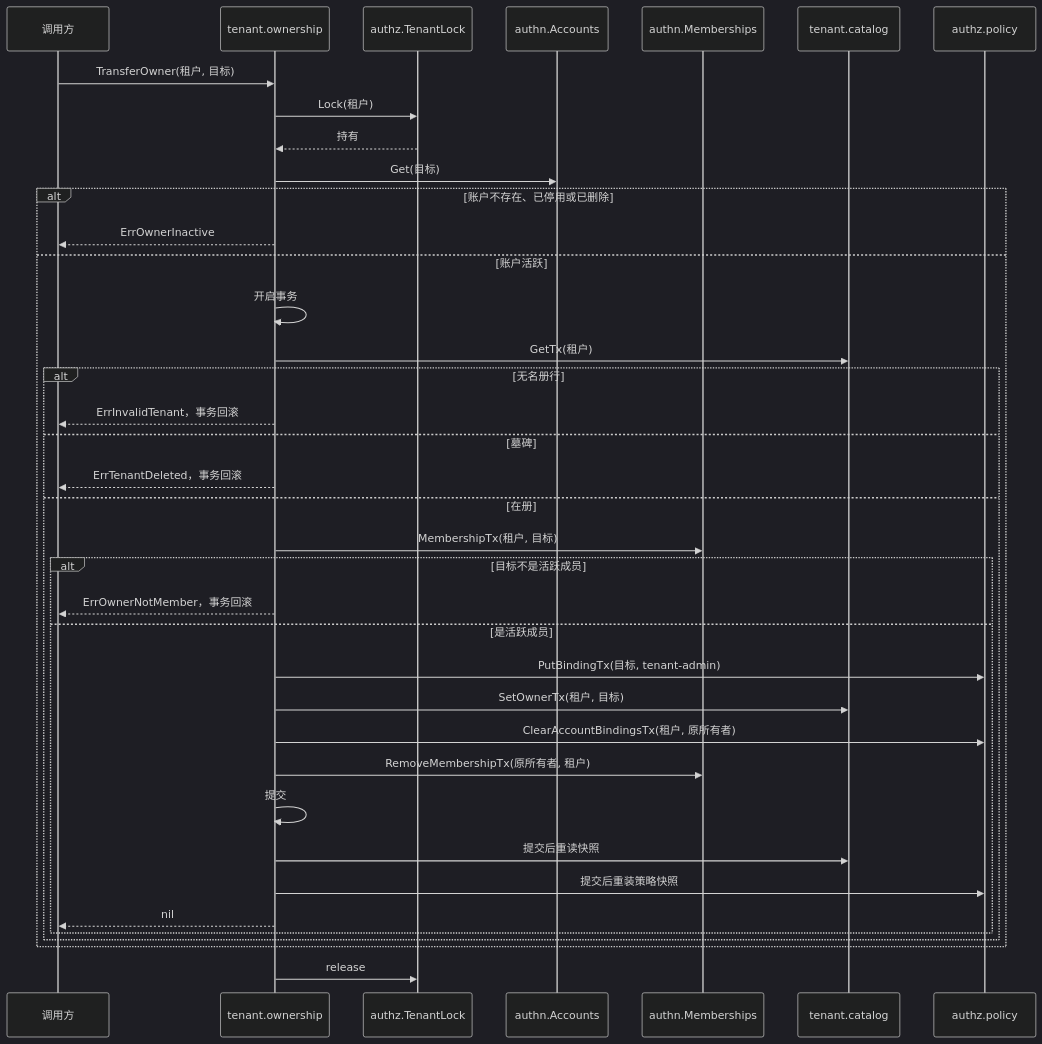
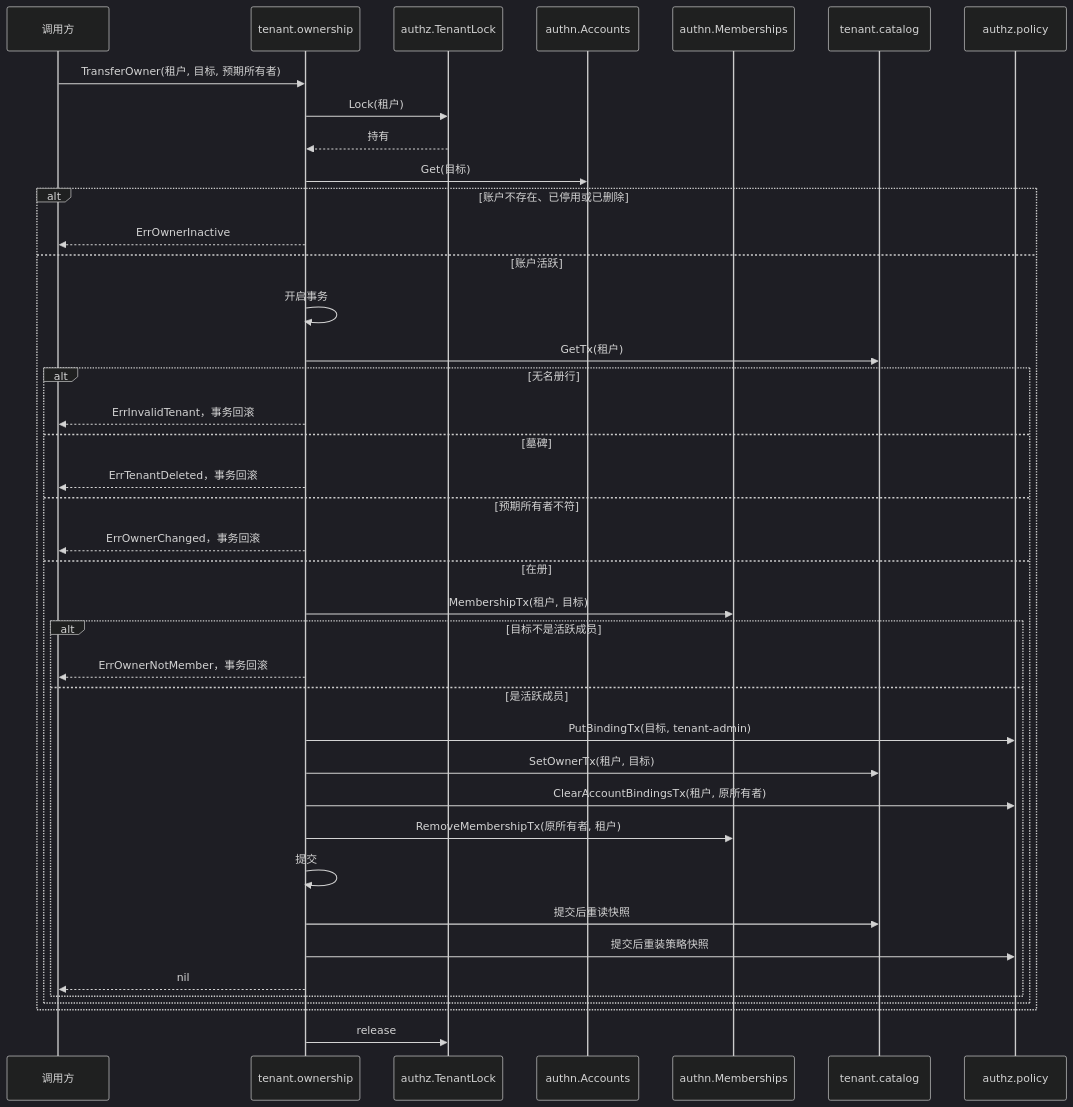
The diagram in docs/design/modules/tenant/design-tenant-ownership.md (wangzw/speed), drawn with Mermaid (dark theme) before and after one commit. The commit also changed other lines of this file and 11 other files, not shown here.

First line of the commit message:
fix(tenant)!: refuse a stale owner on the tenant-surface transfer

````diff
--- a/docs/design/modules/tenant/design-tenant-ownership.md
+++ b/docs/design/modules/tenant/design-tenant-ownership.md
@@ -57,40 +58,42 @@
 ```mermaid
 sequenceDiagram
     participant C as 调用方
     participant O as tenant.ownership
     participant L as authz.TenantLock
     participant A as authn.Accounts
     participant M as authn.Memberships
     participant R as tenant.catalog
     participant P as authz.policy
-    C->>O: TransferOwner(租户, 目标)
+    C->>O: TransferOwner(租户, 目标, 预期所有者)
     O->>L: Lock(租户)
     L-->>O: 持有
     O->>A: Get(目标)
     alt 账户不存在、已停用或已删除
         O-->>C: ErrOwnerInactive
     else 账户活跃
         O->>O: 开启事务
         O->>R: GetTx(租户)
         alt 无名册行
             O-->>C: ErrInvalidTenant，事务回滚
         else 墓碑
             O-->>C: ErrTenantDeleted，事务回滚
+        else 预期所有者不符
+            O-->>C: ErrOwnerChanged，事务回滚
         else 在册
             O->>M: MembershipTx(租户, 目标)
             alt 目标不是活跃成员
                 O-->>C: ErrOwnerNotMember，事务回滚
             else 是活跃成员
                 O->>P: PutBindingTx(目标, tenant-admin)
                 O->>R: SetOwnerTx(租户, 目标)
                 O->>P: ClearAccountBindingsTx(租户, 原所有者)
                 O->>M: RemoveMembershipTx(原所有者, 租户)
                 O->>O: 提交
                 O->>R: 提交后重读快照
                 O->>P: 提交后重装策略快照
                 O-->>C: nil
             end
         end
     end
     O->>L: release
 ```
````
